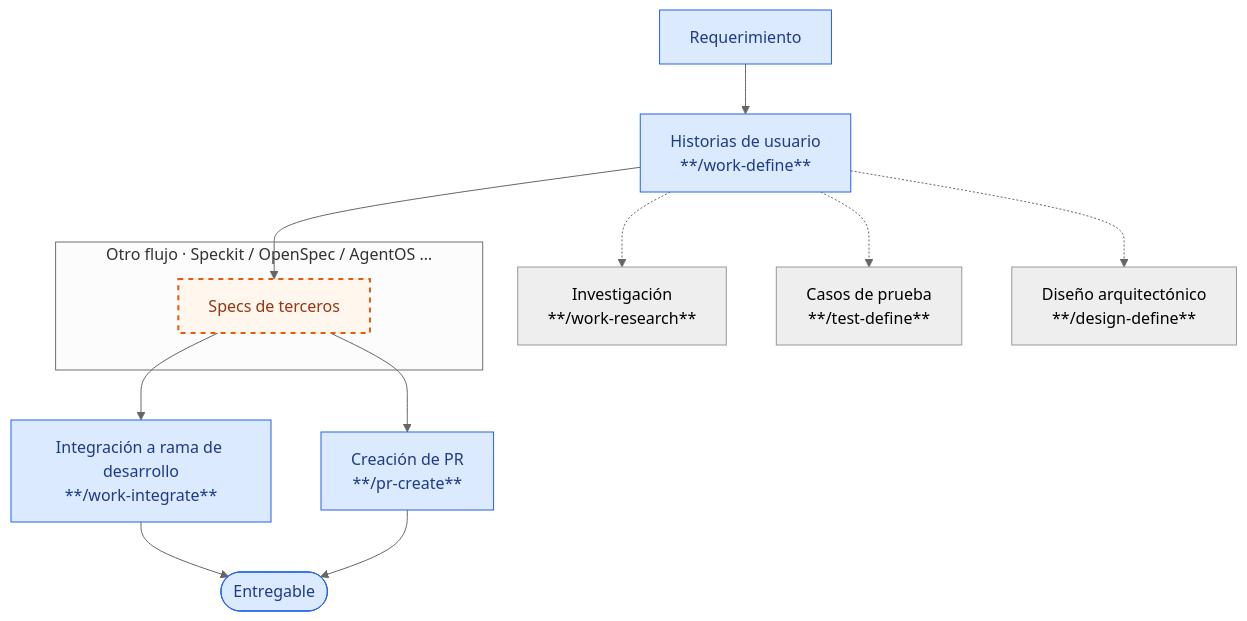
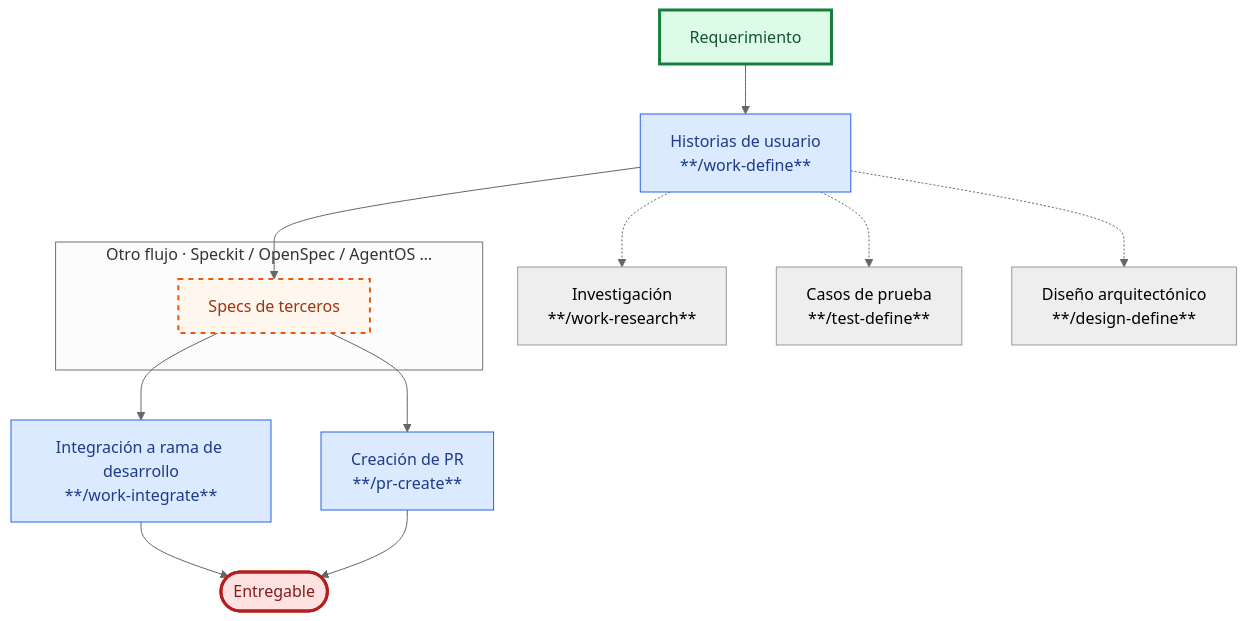
The third of 3 diagrams in README.md (juanca202/ai), drawn with Mermaid (neutral theme) before and after one commit. The commit also changed other lines of this file and 3 other files, not shown here.

First line of the commit message:
style(use-cases): highlight entry and exit points in flow diagrams

````diff
--- a/README.md
+++ b/README.md
@@ -151,20 +159,24 @@
 ```mermaid
 flowchart TD
     A[Requerimiento] --> B["Historias de usuario<br/>**/work-define**"]
     B -.-> R["Investigación<br/>**/work-research**"]
     B -.-> C["Casos de prueba<br/>**/test-define**"]
     B -.-> D["Diseño arquitectónico<br/>**/design-define**"]
     subgraph NESTED["Otro flujo · Speckit / OpenSpec / AgentOS …"]
         S["Specs de terceros"]
     end
     B --> S
     S --> H["Integración a rama de desarrollo<br/>**/work-integrate**"]
     S --> I["Creación de PR<br/>**/pr-create**"]
     H --> J(["Entregable"])
     I --> J
 
     classDef main fill:#dbeafe,stroke:#2563eb,color:#1e3a8a
     classDef nestedFlow fill:#fff7ed,stroke:#ea580c,stroke-width:2px,stroke-dasharray:5 5,color:#9a3412
-    class A,B,H,I,J main
+    classDef entryPoint fill:#dcfce7,stroke:#15803d,stroke-width:3px,color:#14532d
+    classDef exitPoint fill:#fee2e2,stroke:#b91c1c,stroke-width:3px,color:#7f1d1d
+    class B,H,I main
     class S nestedFlow
+    class A entryPoint
+    class J exitPoint
 ```
````
